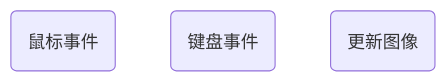
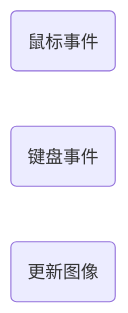
The diagram in transfer/README.md (vincenthcui/rfc6143), drawn with Mermaid before and after one commit.

Commit message:
修改流程图

````diff
--- a/transfer/README.md
+++ b/transfer/README.md
@@ -5,6 +5,6 @@
 ```mermaid
-graph
-    A("鼠标事件")
-    B("键盘事件")
-    C("更新图像")
+graph LR;
+    A("鼠标事件");
+    B("键盘事件");
+    C("更新图像");
 ```
````
